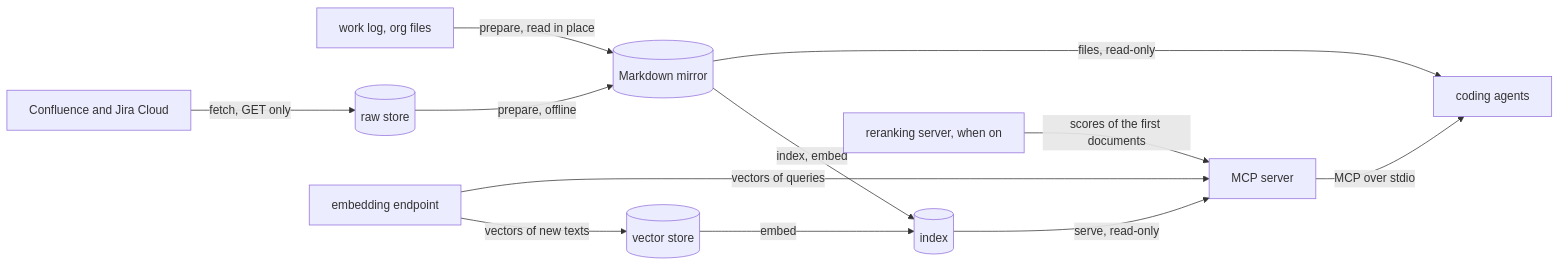
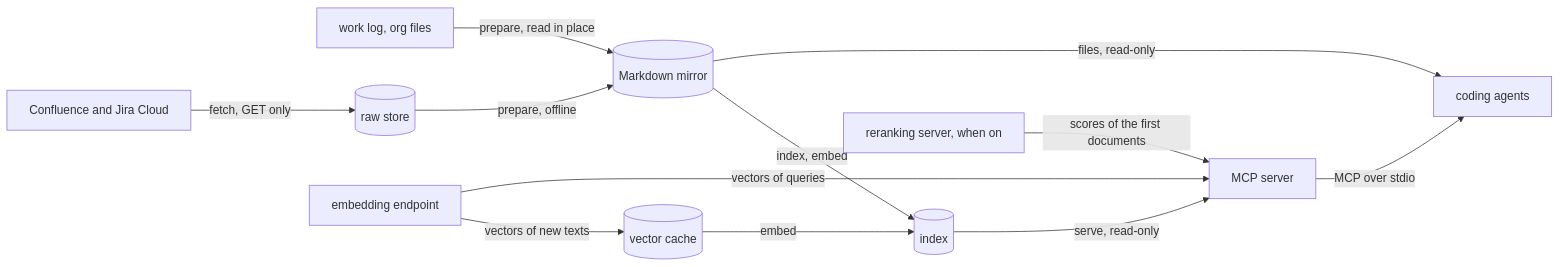
Before and after one commit to piotr-yuxuan/kb-mcp: the diagram in docs/explanation/internals.md, drawn with Mermaid. The commit also changed other lines of this file and 27 other files, not shown here.

First line of the commit message:
Rename the vector store to the vector cache

````diff
--- a/docs/explanation/internals.md
+++ b/docs/explanation/internals.md
@@ -15,24 +15,24 @@
 ```mermaid
 flowchart LR
     site["Confluence and Jira Cloud"]
     worklog["work log, org files"]
     raw[("raw store")]
     docs[("Markdown mirror")]
-    vectors[("vector store")]
+    vectors[("vector cache")]
     index[("index")]
     endpoint["embedding endpoint"]
     reranker["reranking server, when on"]
     server["MCP server"]
     agents["coding agents"]
     site -- "fetch, GET only" --> raw
     raw -- "prepare, offline" --> docs
     worklog -- "prepare, read in place" --> docs
     docs -- "index, embed" --> index
     endpoint -- "vectors of new texts" --> vectors
     vectors -- "embed" --> index
     index -- "serve, read-only" --> server
     endpoint -- "vectors of queries" --> server
     reranker -- "scores of the first documents" --> server
     server -- "MCP over stdio" --> agents
     docs -- "files, read-only" --> agents
 ```
````
